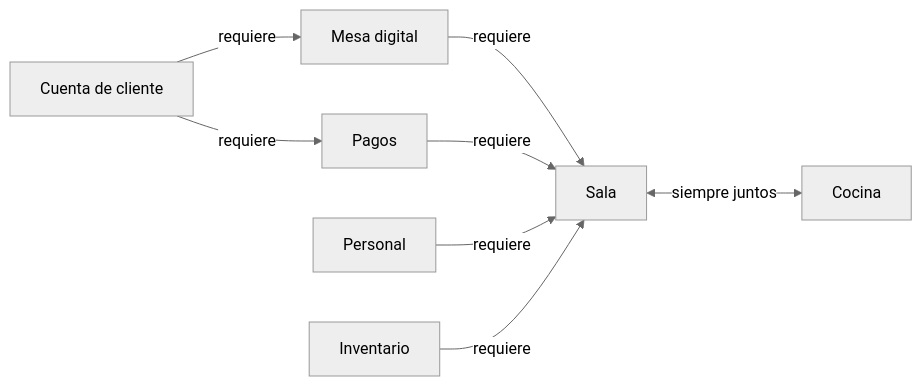
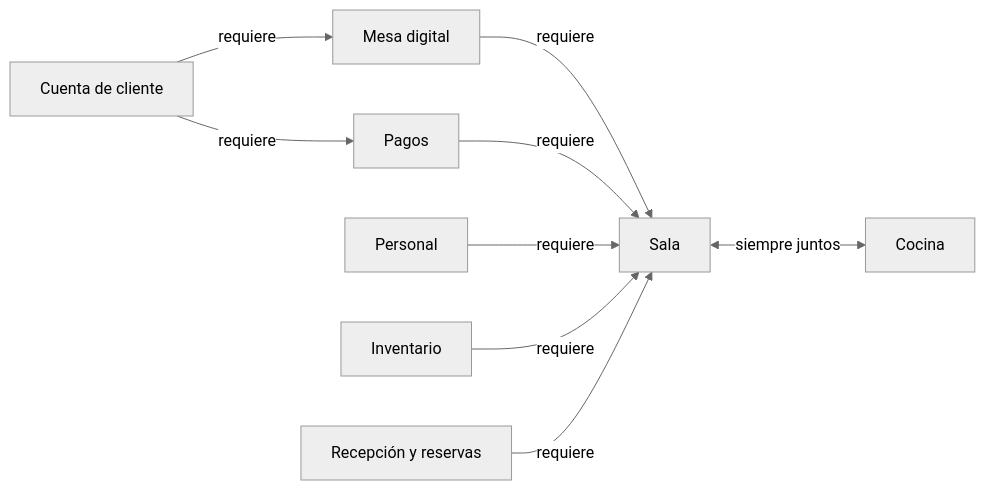
Before and after one commit to milkmantree/hungria: the diagram in docs/modulos/dependencias.md, drawn with Mermaid (neutral theme). The commit also changed other lines of this file and 15 other files, not shown here.

````diff
--- a/docs/modulos/dependencias.md
+++ b/docs/modulos/dependencias.md
@@ -23,10 +24,11 @@
 ```mermaid
 flowchart LR
     S[Sala] <-->|siempre juntos| C[Cocina]
     MD[Mesa digital] -->|requiere| S
     P[Pagos] -->|requiere| S
     PE[Personal] -->|requiere| S
     I[Inventario] -->|requiere| S
+    RR[Recepción y reservas] -->|requiere| S
     CC[Cuenta de cliente] -->|requiere| P
     CC -->|requiere| MD
 ```
````
